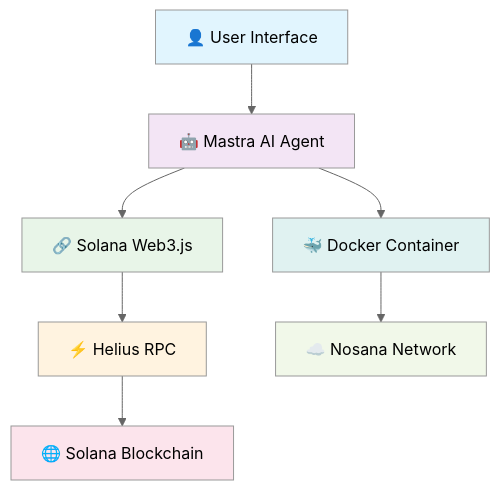
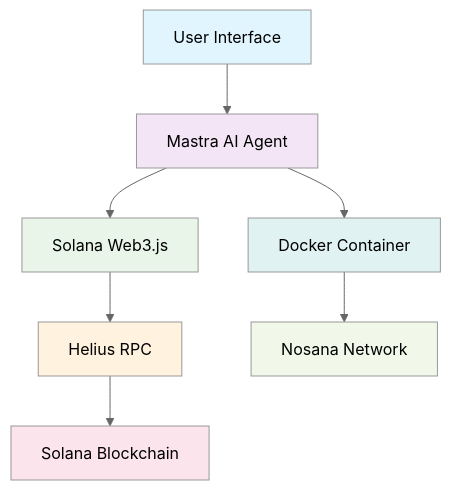
Before and after one commit to 18bharathkumar/agent-challenge: the diagram in README.md, drawn with Mermaid (neutral theme). The commit also changed other lines of this file, not shown here.

````diff
--- a/README.md
+++ b/README.md
@@ -81,17 +79,17 @@
 ```mermaid
 graph TB
-    A[👤 User Interface] --> B[🤖 Mastra AI Agent]
-    B --> C[🔗 Solana Web3.js]
-    C --> D[⚡ Helius RPC]
-    D --> E[🌐 Solana Blockchain]
-    B --> F[🐳 Docker Container]
-    F --> G[☁️ Nosana Network]
+    A[User Interface] --> B[ Mastra AI Agent]
+    B --> C[ Solana Web3.js]
+    C --> D[ Helius RPC]
+    D --> E[Solana Blockchain]
+    B --> F[Docker Container]
+    F --> G[Nosana Network]
     
     style A fill:#e1f5fe
     style B fill:#f3e5f5
     style C fill:#e8f5e8
     style D fill:#fff3e0
     style E fill:#fce4ec
     style F fill:#e0f2f1
     style G fill:#f1f8e9
 ```
````
